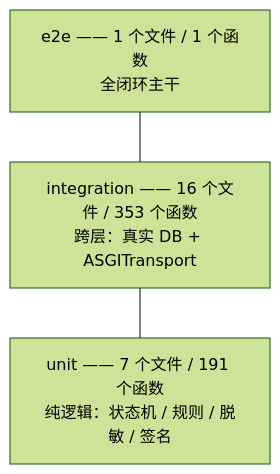
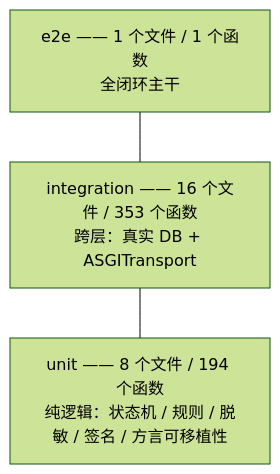
The first of 6 diagrams in docs/11-测试与质量保障.md (Peterwong666/ToyVerse-Cloud), drawn with Mermaid (forest theme) before and after one commit. The commit also changed other lines of this file and 26 other files, not shown here.

````diff
--- a/docs/11-测试与质量保障.md
+++ b/docs/11-测试与质量保障.md
@@ -58,7 +58,7 @@
 ```mermaid
 flowchart TB
     E["e2e —— 1 个文件 / 1 个函数<br/>全闭环主干"]
     I["integration —— 16 个文件 / 353 个函数<br/>跨层：真实 DB + ASGITransport"]
-    U["unit —— 7 个文件 / 191 个函数<br/>纯逻辑：状态机 / 规则 / 脱敏 / 签名"]
+    U["unit —— 8 个文件 / 194 个函数<br/>纯逻辑：状态机 / 规则 / 脱敏 / 签名 / 方言可移植性"]
     E --- I --- U
 ```
````
